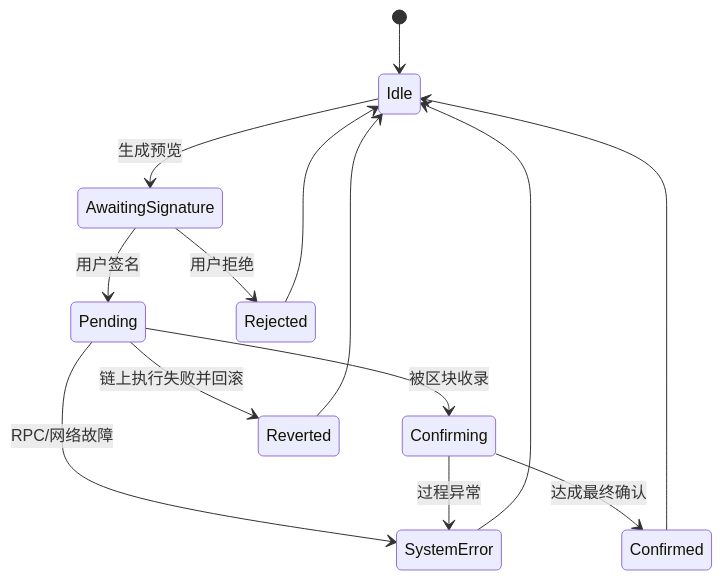
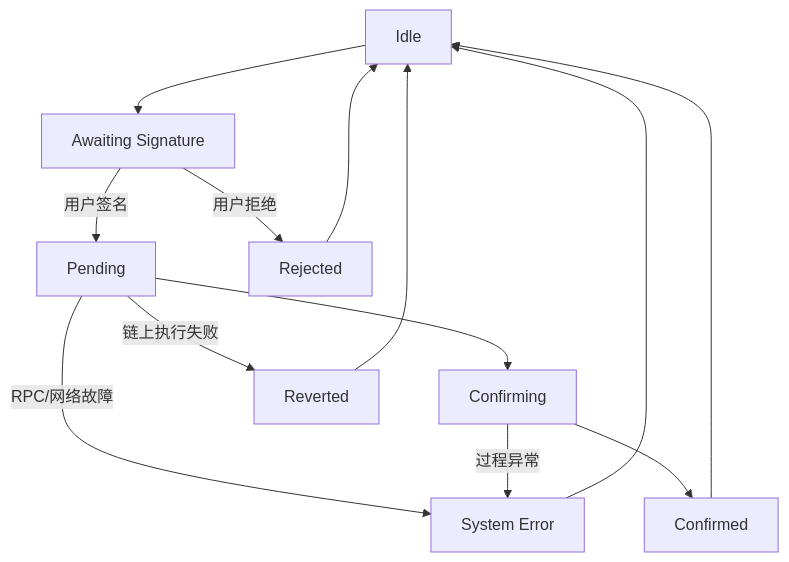
Before and after one commit to sunshineluyao/Moss-Mcp-Transaction: the seventh of 8 diagrams in README.md, drawn with Mermaid. The commit also changed other lines of this file, not shown here.

Commit message:
docs: redesign mermaid diagrams for cleaner compact layout

````diff
--- a/README.md
+++ b/README.md
@@ -460,16 +510,17 @@
 ```mermaid
-stateDiagram-v2
-  [*] --> Idle
-  Idle --> AwaitingSignature: 生成预览
-  AwaitingSignature --> Pending: 用户签名
-  AwaitingSignature --> Rejected: 用户拒绝
-  Pending --> Confirming: 被区块收录
-  Confirming --> Confirmed: 达成最终确认
-  Pending --> Reverted: 链上执行失败并回滚
-  Pending --> SystemError: RPC/网络故障
-  Confirming --> SystemError: 过程异常
+flowchart TB
+  Idle[Idle] --> Awaiting[Awaiting Signature]
+  Awaiting -->|用户签名| Pending[Pending]
+  Awaiting -->|用户拒绝| Rejected[Rejected]
+
+  Pending --> Confirming[Confirming]
+  Confirming --> Confirmed[Confirmed]
+  Pending -->|链上执行失败| Reverted[Reverted]
+  Pending -->|RPC/网络故障| SystemError[System Error]
+  Confirming -->|过程异常| SystemError
+
   Rejected --> Idle
   Reverted --> Idle
   SystemError --> Idle
   Confirmed --> Idle
 ```
````
